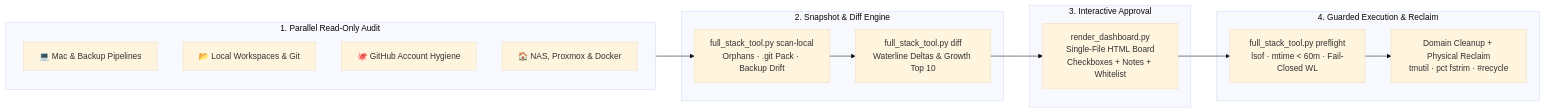
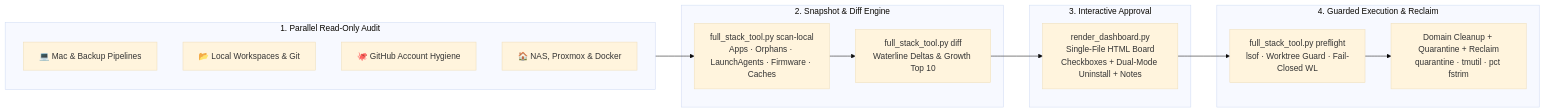
The diagram in README.md (Sorasukiawa/full-stack-maintenance), drawn with Mermaid (base theme) before and after one commit. The commit also changed other lines of this file and 11 other files, not shown here.

````diff
--- a/README.md
+++ b/README.md
@@ -46,25 +46,25 @@
 ```mermaid
 flowchart LR
     subgraph S1["1. Parallel Read-Only Audit"]
         D1["💻 Mac & Backup Pipelines"]
         D2["📂 Local Workspaces & Git"]
         D3["🐙 GitHub Account Hygiene"]
         D4["🏠 NAS, Proxmox & Docker"]
     end
 
     subgraph S2["2. Snapshot & Diff Engine"]
-        SCAN["full_stack_tool.py scan-local\nOrphans · .git Pack · Backup Drift"]
+        SCAN["full_stack_tool.py scan-local\nApps · Orphans · LaunchAgents · Firmware · Caches"]
         DIFF["full_stack_tool.py diff\nWaterline Deltas & Growth Top 10"]
     end
 
     subgraph S3["3. Interactive Approval"]
-        HTML["render_dashboard.py\nSingle-File HTML Board\nCheckboxes + Notes + Whitelist"]
+        HTML["render_dashboard.py\nSingle-File HTML Board\nCheckboxes + Dual-Mode Uninstall + Notes"]
     end
 
     subgraph S4["4. Guarded Execution & Reclaim"]
-        PRE["full_stack_tool.py preflight\nlsof · mtime < 60m · Fail-Closed WL"]
-        EXEC["Domain Cleanup + Physical Reclaim\ntmutil · pct fstrim · #recycle"]
+        PRE["full_stack_tool.py preflight\nlsof · Worktree Guard · Fail-Closed WL"]
+        EXEC["Domain Cleanup + Quarantine + Reclaim\nquarantine · tmutil · pct fstrim"]
     end
 
     S1 --> SCAN --> DIFF --> HTML --> PRE --> EXEC
 ```
````
